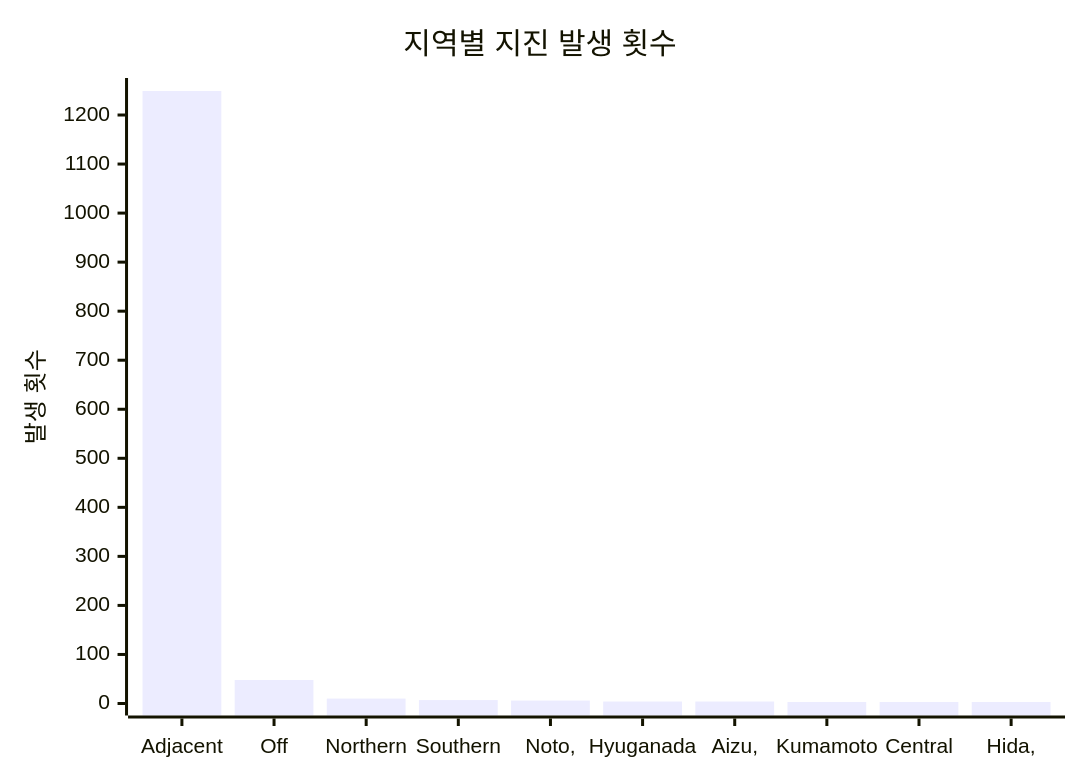
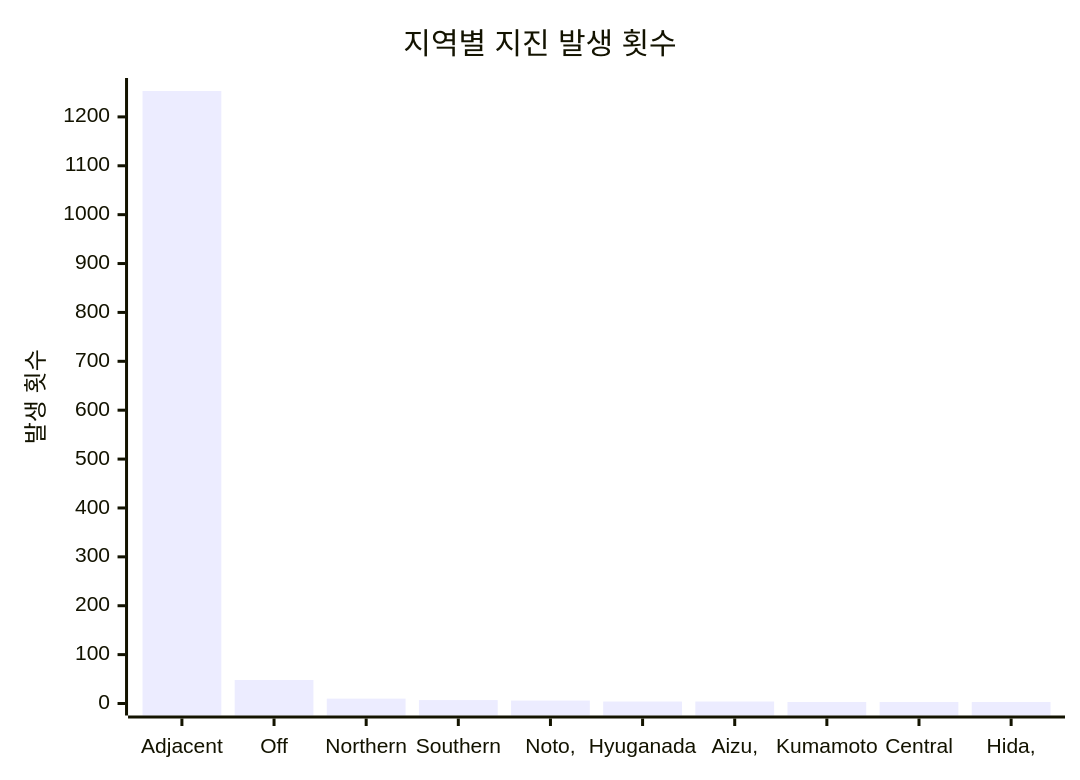
Before and after one commit to serendip811/japan-eq: the diagram in charts/region-chart.md, drawn with Mermaid. The commit also changed other lines of this file and 5 other files, not shown here.

Commit message:
Update earthquake data and charts Sat Jul  5 14:03:54 UTC 2025

````diff
--- a/charts/region-chart.md
+++ b/charts/region-chart.md
@@ -3,7 +3,7 @@
 ```mermaid
 xychart-beta
     title "지역별 지진 발생 횟수"
     x-axis ["Adjacent", "Off", "Northern", "Southern", "Noto,", "Hyuganada", "Aizu,", "Kumamoto", "Central", "Hida,"]
-    y-axis "발생 횟수" 0 --> 1251
-    bar [1249, 48, 10, 7, 6, 4, 4, 3, 3, 3]
+    y-axis "발생 횟수" 0 --> 1255
+    bar [1253, 48, 10, 7, 6, 4, 4, 3, 3, 3]
 ```
````
